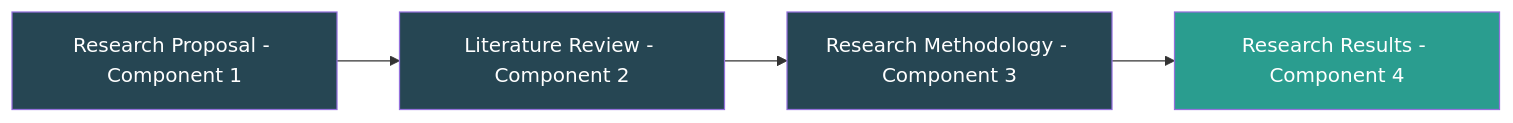
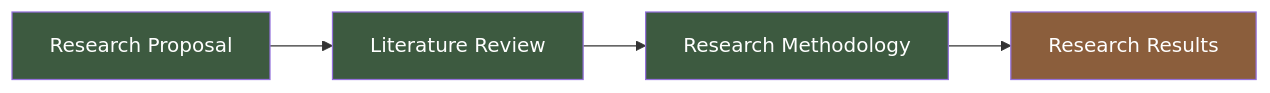
The diagram in projects/list/dissertation.qmd (dennis-chumakov/dennis-chumakov.github.io), drawn with Mermaid before and after one commit. The commit also changed 21 other files, not shown here.

Commit message:
Changes to Styles.scss, about.qmd, quarto.yml, dissertation.qmd, and ml-paper.qmd for formatting of Flowchart mermaid diagrams

````diff
--- a/projects/list/dissertation.qmd
+++ b/projects/list/dissertation.qmd
@@ -36,10 +36,10 @@
 ```{mermaid}
 flowchart LR
-    A[Research Proposal - Component 1] --> B[Literature Review - Component 2]
-    B --> C[Research Methodology - Component 3]
-    C --> D[Research Results - Component 4]
-    style A fill:#264653,color:#fff
-    style B fill:#264653,color:#fff
-    style C fill:#264653,color:#fff
-    style D fill:#2a9d8f,color:#fff
+    A["Research Proposal"] --> B["Literature Review"]
+    B --> C["Research Methodology"]
+    C --> D["Research Results"]
+    style A fill:#3d5a40,color:#fff
+    style B fill:#3d5a40,color:#fff
+    style C fill:#3d5a40,color:#fff
+    style D fill:#8b5e3c,color:#fff
 ```
````
